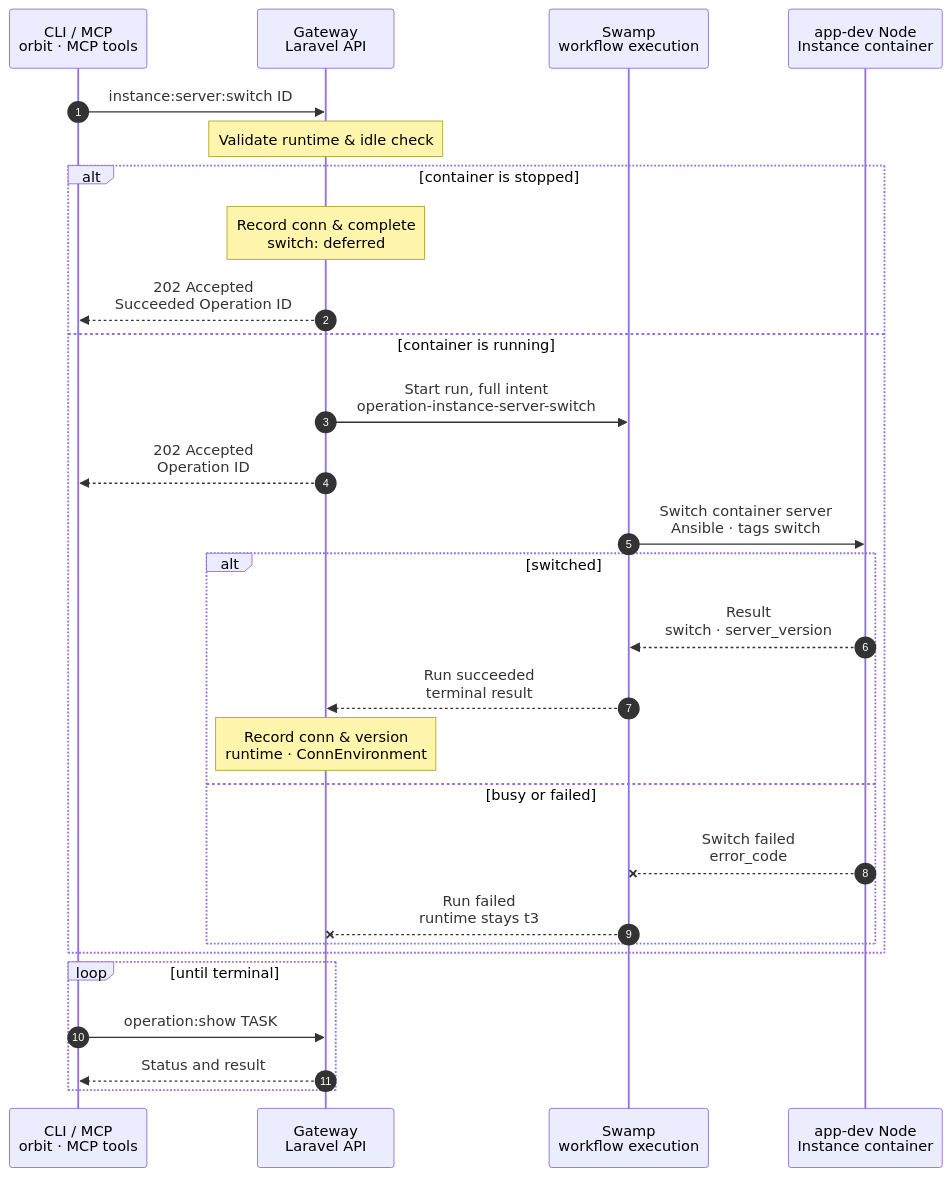
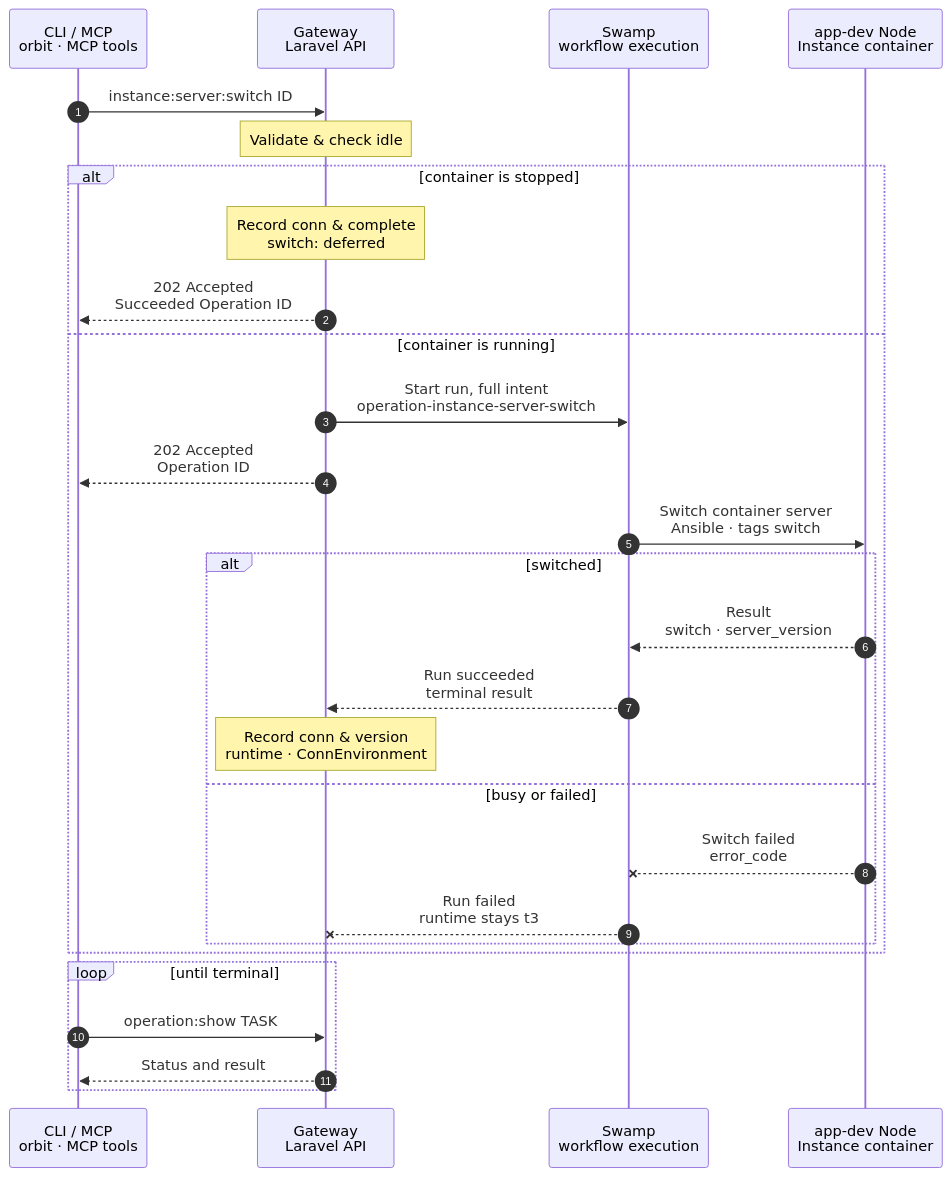
Before and after one commit to hardimpactdev/orbit: the diagram in docs/cli/instance/server-switch.mmd, drawn with Mermaid. The commit also changed 5 other files, not shown here.

Commit message:
Fix docs-impact, flow chart, ADR wording, and command-output cases

```diff
--- a/docs/cli/instance/server-switch.mmd
+++ b/docs/cli/instance/server-switch.mmd
@@ -1,54 +1,54 @@
 sequenceDiagram
   %% Switch an existing T3 container runtime to the Conn Server (ADR 0258, docs/reference/development-containers.md#container-server).
   %% status: draft
   %% command: instance:server:switch
   %% kind: instance.server_switch
   autonumber
   %% lane CLI icon=terminal pill=caller tone=gray
   %% lane GW icon=gateway pill=intent tone=blue
   %% lane SW icon=workflow pill=executes tone=green
   %% lane N icon=server pill=target tone=amber
   participant CLI as CLI / MCP<br/>orbit · MCP tools
   participant GW as Gateway<br/>Laravel API
   participant SW as Swamp<br/>workflow execution
   participant N as app-dev Node<br/>Instance container
   CLI->>GW: instance:server:switch ID
   %%> Command:
   %%> - `orbit instance:server:switch INSTANCE`
   %%> - syntax: `<instance-id> [--idempotency-key=KEY] [--json]`
-  Note over GW: Validate runtime & idle check
+  Note over GW: Validate & check idle
   %%> When:
   %%> - active container runtime with `container_server = t3` and `conn-server` pinned in the recipe
   %%> - for a running container, confirm no agent turn, pending request or held reservation is active
   %%> On failure:
   %%> - serverless runtime (`instance.container_server_none`), already `conn` (`instance.container_server_already_conn`), active turn/task (`instance.container_server_busy`), unreadable T3 (`instance.t3_unreadable`) or lifecycle work (`instance.lifecycle_busy`) refuses with 409
   alt container is stopped
     %% path: deferred
     Note over GW: Record conn & complete<br/>switch: deferred
     %%> Result:
     %%> - `instance_runtimes.container_server` becomes `conn` at once; the next `instance:wake` writes `20-orbit-server.conf` before boot and updates `server_version`
     GW-->>CLI: 202 Accepted<br/>Succeeded Operation ID
   else container is running
     %% path: main
     GW->>SW: Start run, full intent<br/>operation-instance-server-switch
     GW-->>CLI: 202 Accepted<br/>Operation ID
     SW->>N: Switch container server<br/>Ansible · tags switch
     %%> What it does:
     %%> - re-check `t3.service` processes with `t3-service-processes.j2`; refuse `instance.container_server_busy` if any terminal or command runs
     %%> - read `bin/conn-server --version`, push `20-orbit-server.conf`, reload systemd, restart `t3.service`, and wait until `/.well-known/t3/environment` reports the Conn Server version
     %%> - Conn Server imports `statev2.sqlite` into `engine.sqlite` on first start while leaving `statev2.sqlite` unchanged
     alt switched
       %% path: switched
       N-->>SW: Result<br/>switch · server_version
       SW-->>GW: Run succeeded<br/>terminal result
       Note over GW: Record conn & version<br/>runtime · ConnEnvironment
     else busy or failed
       %% path: failed
       N--xSW: Switch failed<br/>error_code
       SW--xGW: Run failed<br/>runtime stays t3
     end
   end
   loop until terminal
     CLI->>GW: operation:show TASK
     GW-->>CLI: Status and result
   end
```
